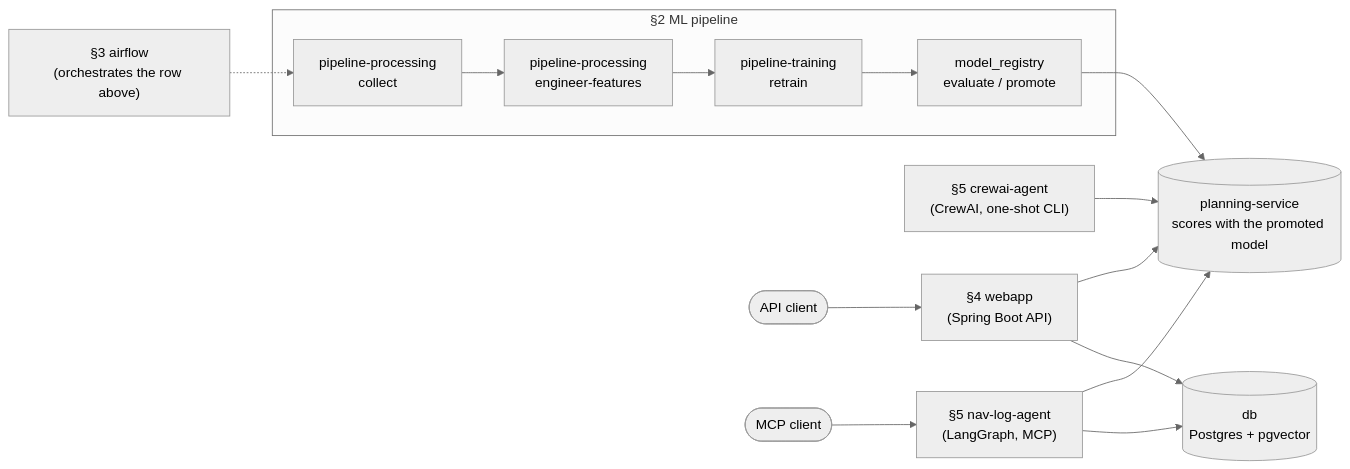
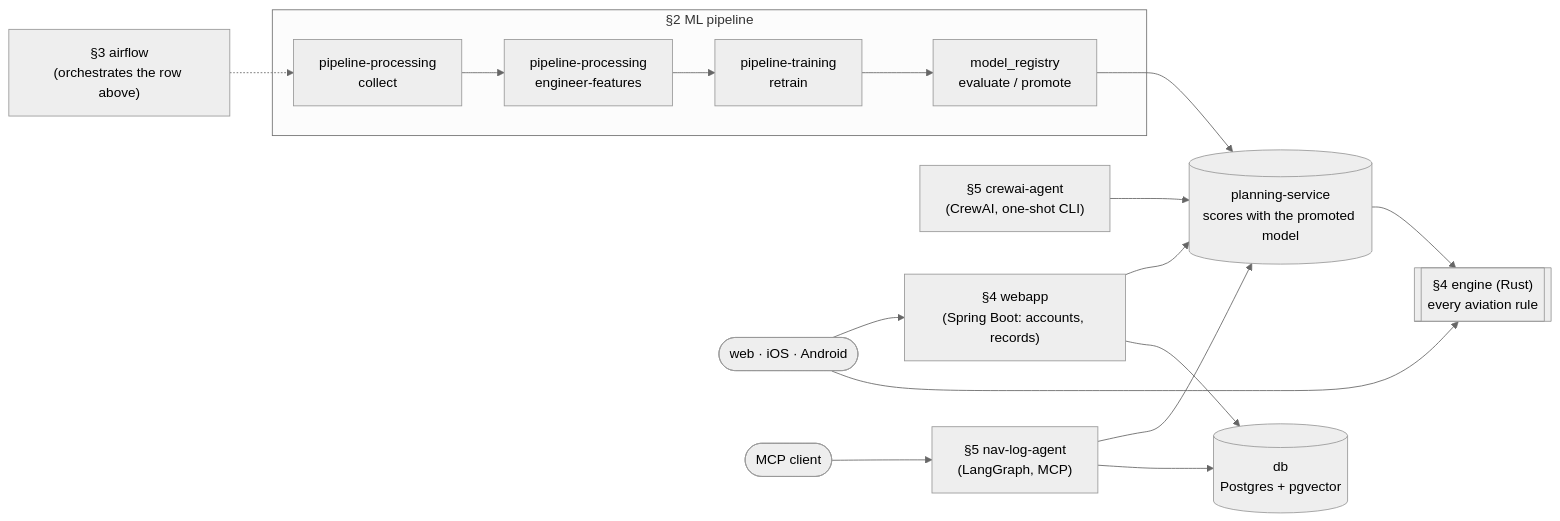
Before and after one commit to asdaq-samir/flight_plan: the first of 4 diagrams in docs/LEARNING-GUIDE.md, drawn with Mermaid (neutral theme). The commit also changed other lines of this file and 14 other files, not shown here.

````diff
--- a/docs/LEARNING-GUIDE.md
+++ b/docs/LEARNING-GUIDE.md
@@ -30,21 +41,23 @@
 ```mermaid
 flowchart LR
     subgraph pipeline["§2 ML pipeline"]
         collect[pipeline-processing<br/>collect] --> engineer[pipeline-processing<br/>engineer-features]
         engineer --> retrain[pipeline-training<br/>retrain]
         retrain --> registry[model_registry<br/>evaluate / promote]
     end
     airflow["§3 airflow<br/>(orchestrates the row above)"] -.-> collect
 
     registry --> planner[("planning-service<br/>scores with the promoted model")]
 
-    webapp["§4 webapp<br/>(Spring Boot API)"] --> planner
+    webapp["§4 webapp<br/>(Spring Boot: accounts, records)"] --> planner
     webapp --> db[("db<br/>Postgres + pgvector")]
+    planner --> engine[["§4 engine (Rust)<br/>every aviation rule"]]
+    apps([web · iOS · Android]) --> webapp
+    apps --> engine
 
     navlog["§5 nav-log-agent<br/>(LangGraph, MCP)"] --> planner
     navlog --> db
     crewai["§5 crewai-agent<br/>(CrewAI, one-shot CLI)"] --> planner
 
-    client([API client]) --> webapp
     mcpclient([MCP client]) --> navlog
 ```
````
